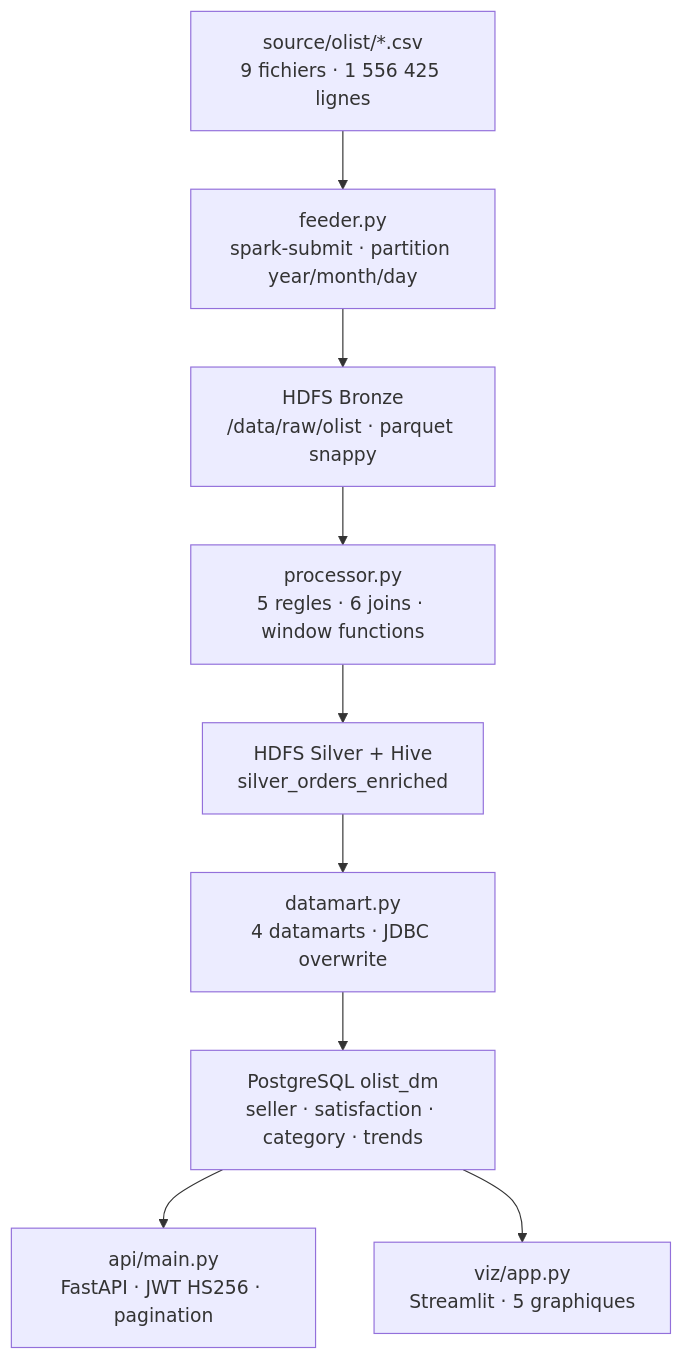
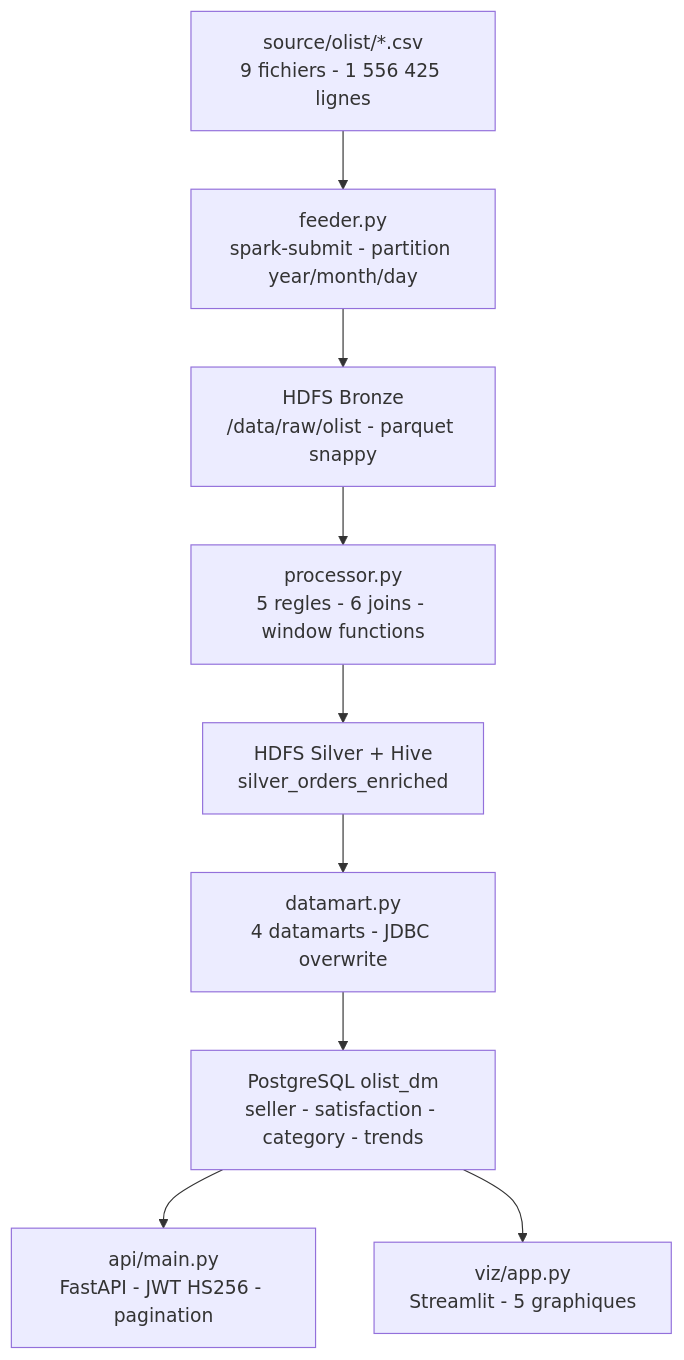
The diagram in README.md (Adam-Blf/projet-bdf-m1-olist), drawn with Mermaid before and after one commit. The commit also changed other lines of this file, not shown here.

Commit message:
docs: typography pass, no em dash or middle dot (#1)

````diff
--- a/README.md
+++ b/README.md
@@ -47,16 +47,16 @@
 ```mermaid
 flowchart TB
-    SRC["source/olist/*.csv<br/>9 fichiers · 1 556 425 lignes"]
-    FEED["feeder.py<br/>spark-submit · partition year/month/day"]
-    BRONZE["HDFS Bronze<br/>/data/raw/olist · parquet snappy"]
-    PROC["processor.py<br/>5 regles · 6 joins · window functions"]
+    SRC["source/olist/*.csv<br/>9 fichiers - 1 556 425 lignes"]
+    FEED["feeder.py<br/>spark-submit - partition year/month/day"]
+    BRONZE["HDFS Bronze<br/>/data/raw/olist - parquet snappy"]
+    PROC["processor.py<br/>5 regles - 6 joins - window functions"]
     SILVER["HDFS Silver + Hive<br/>silver_orders_enriched"]
-    MART["datamart.py<br/>4 datamarts · JDBC overwrite"]
-    GOLD["PostgreSQL olist_dm<br/>seller · satisfaction · category · trends"]
-    API["api/main.py<br/>FastAPI · JWT HS256 · pagination"]
-    VIZ["viz/app.py<br/>Streamlit · 5 graphiques"]
+    MART["datamart.py<br/>4 datamarts - JDBC overwrite"]
+    GOLD["PostgreSQL olist_dm<br/>seller - satisfaction - category - trends"]
+    API["api/main.py<br/>FastAPI - JWT HS256 - pagination"]
+    VIZ["viz/app.py<br/>Streamlit - 5 graphiques"]
 
     SRC --> FEED --> BRONZE --> PROC --> SILVER --> MART --> GOLD
     GOLD --> API
     GOLD --> VIZ
 ```
````
